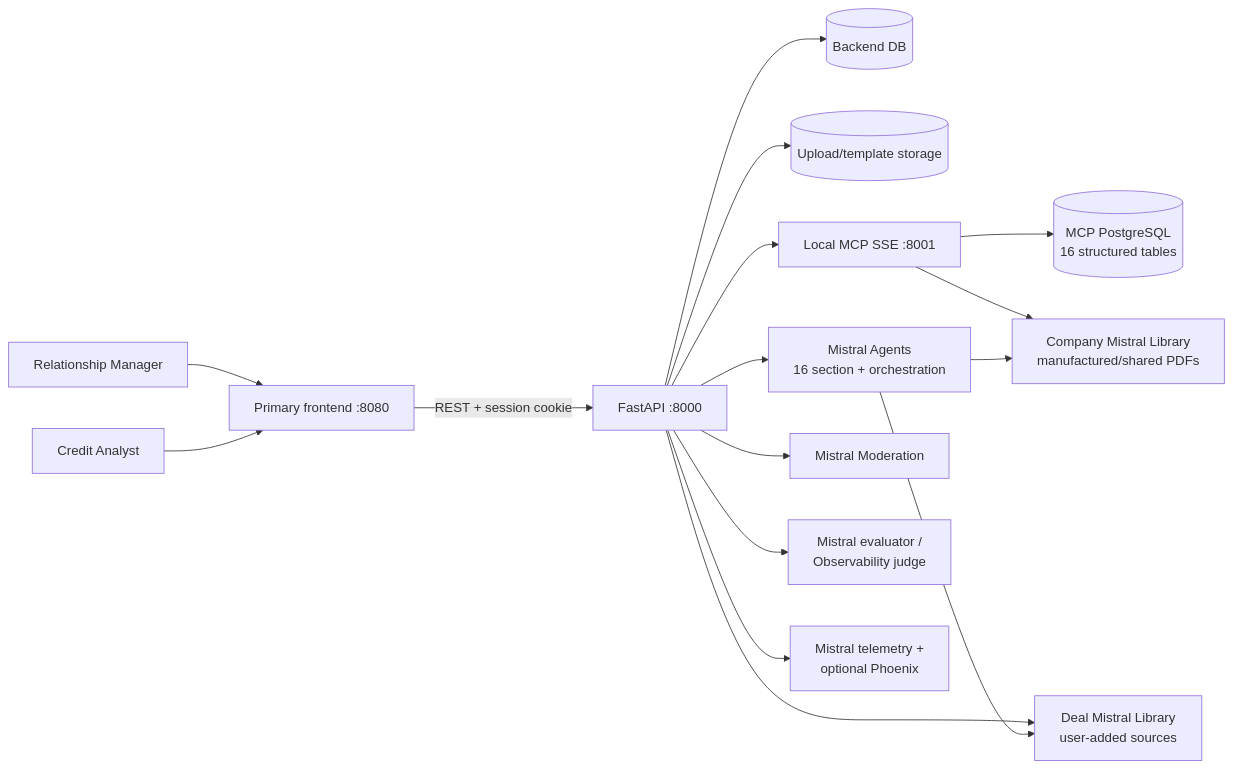
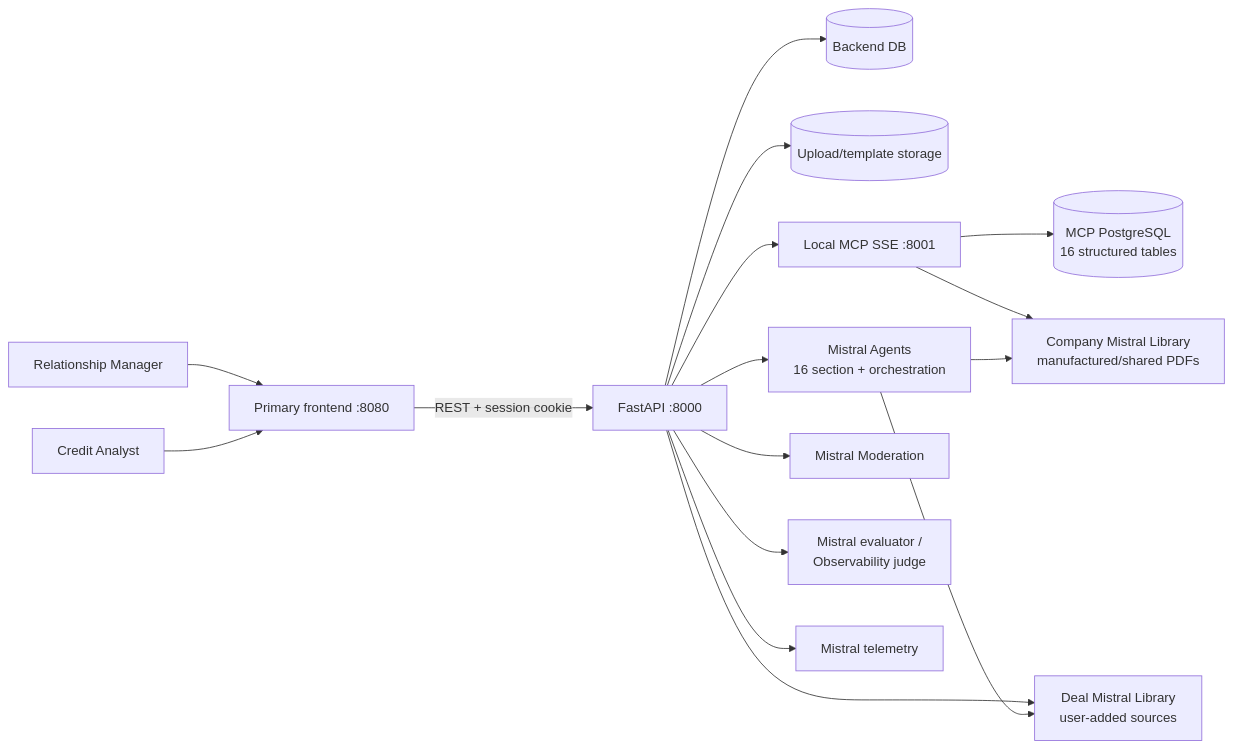
One commit to pb-roshith/credit-dossier-final-version- changed the first of 4 diagrams in architecture.md. Above: the diagram before and after it, drawn with Mermaid. The commit also changed other lines of this file and 7 other files, not shown here.

````diff
--- a/architecture.md
+++ b/architecture.md
@@ -7,21 +7,21 @@
 ```mermaid
 flowchart LR
     RM[Relationship Manager] --> UI1[Primary frontend :8080]
     CA[Credit Analyst] --> UI1
     UI1 -->|REST + session cookie| API[FastAPI :8000]
 
     API --> APPDB[(Backend DB)]
     API --> DISK[(Upload/template storage)]
     API --> MCP[Local MCP SSE :8001]
     MCP --> MCPDB[(MCP PostgreSQL\n16 structured tables)]
     MCP --> COMPANYLIB[Company Mistral Library\nmanufactured/shared PDFs]
 
     API --> DEAL_LIB[Deal Mistral Library\nuser-added sources]
     API --> AGENTS[Mistral Agents\n16 section + orchestration]
     API --> MOD[Mistral Moderation]
     API --> JUDGE[Mistral evaluator /\nObservability judge]
-    API --> OTEL[Mistral telemetry +\noptional Phoenix]
+    API --> OTEL[Mistral telemetry]
 
     AGENTS --> COMPANYLIB
     AGENTS --> DEAL_LIB
 ```
````
